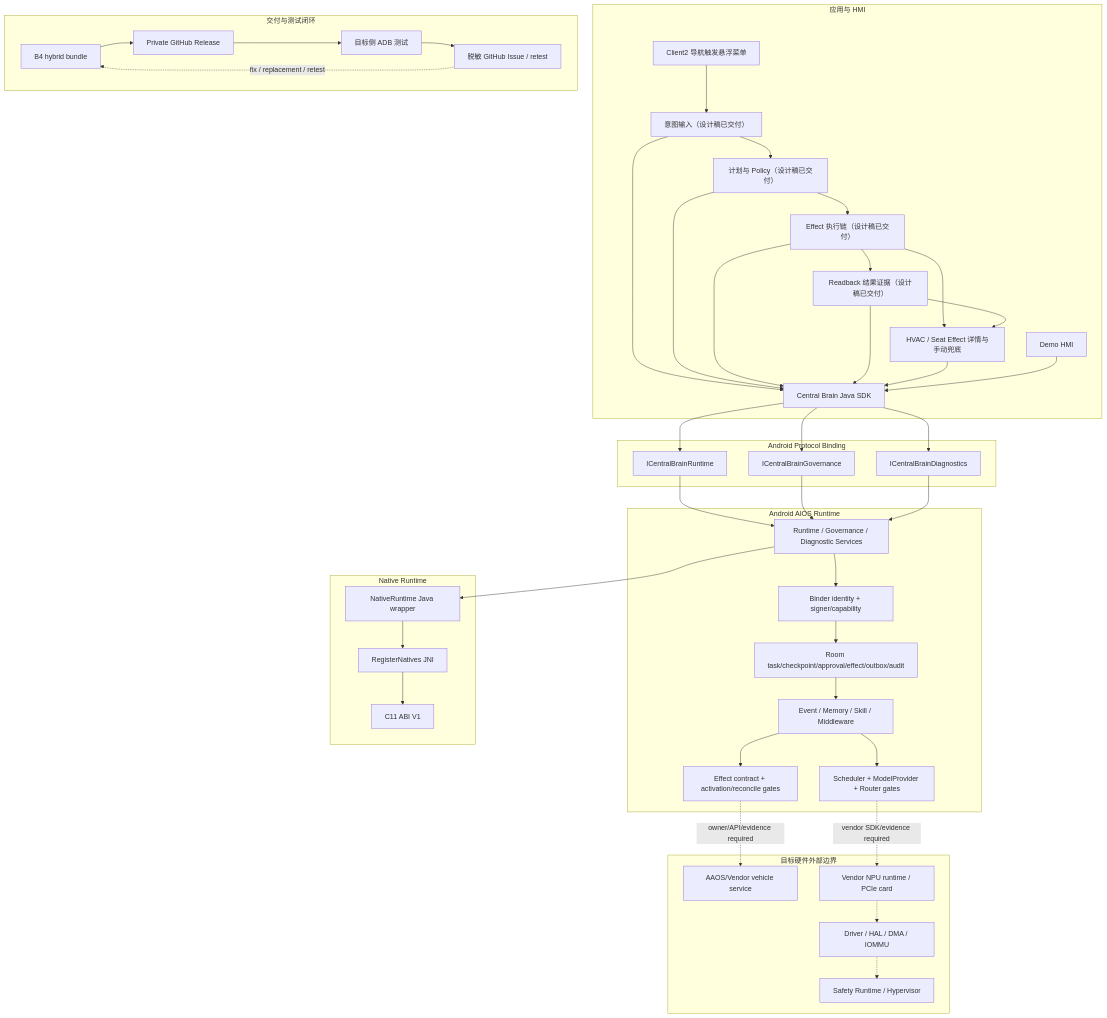
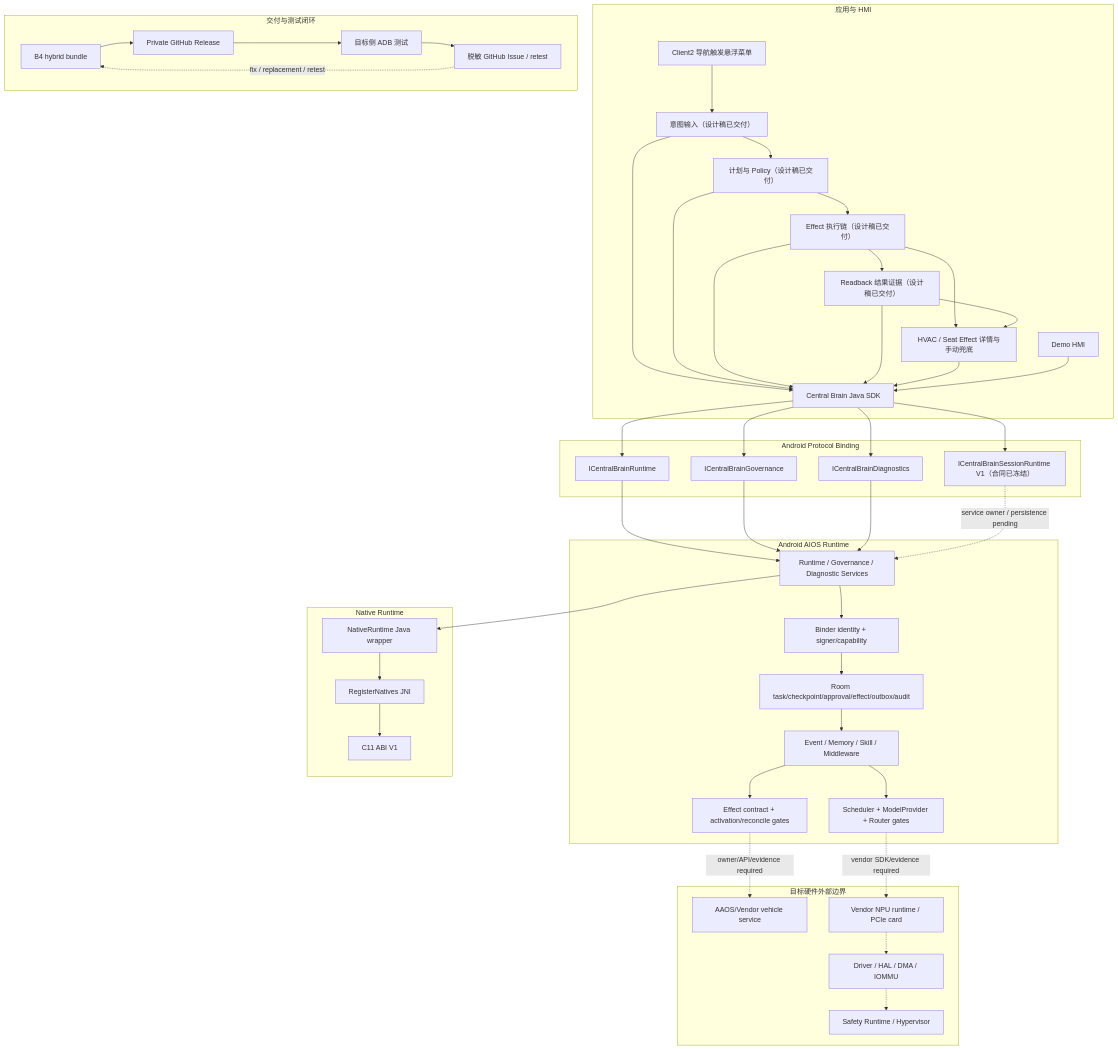
Before and after one commit to LucasWEIchen/CougarOS: the diagram in README.md, drawn with Mermaid. The commit also changed other lines of this file and 28 other files, not shown here.

````diff
--- a/README.md
+++ b/README.md
@@ -89,74 +90,77 @@
 ```mermaid
 flowchart TB
   subgraph App["应用与 HMI"]
     Client2["Client2 导航触发悬浮菜单"]
     IntentUi["意图输入（设计稿已交付）"]
     PlanUi["计划与 Policy（设计稿已交付）"]
     ExecutionUi["Effect 执行链（设计稿已交付）"]
     ResultUi["Readback 结果证据（设计稿已交付）"]
     DeviceUi["HVAC / Seat Effect 详情与手动兜底"]
     Demo["Demo HMI"]
     Sdk["Central Brain Java SDK"]
   end
 
   subgraph Binder["Android Protocol Binding"]
     RuntimeApi["ICentralBrainRuntime"]
     GovApi["ICentralBrainGovernance"]
     DiagApi["ICentralBrainDiagnostics"]
+    SessionApi["ICentralBrainSessionRuntime V1（合同已冻结）"]
   end
 
   subgraph Runtime["Android AIOS Runtime"]
     Services["Runtime / Governance / Diagnostic Services"]
     Identity["Binder identity + signer/capability"]
     Durable["Room task/checkpoint/approval/effect/outbox/audit"]
     Domains["Event / Memory / Skill / Middleware"]
     Model["Scheduler + ModelProvider + Router gates"]
     Effect["Effect contract + activation/reconcile gates"]
   end
 
   subgraph Native["Native Runtime"]
     JavaBridge["NativeRuntime Java wrapper"]
     Jni["RegisterNatives JNI"]
     CAbi["C11 ABI V1"]
   end
 
   subgraph Target["目标硬件外部边界"]
     Vehicle["AAOS/Vendor vehicle service"]
     VendorNpu["Vendor NPU runtime / PCIe card"]
     Driver["Driver / HAL / DMA / IOMMU"]
     Safety["Safety Runtime / Hypervisor"]
   end
 
   subgraph Delivery["交付与测试闭环"]
     Bundle["B4 hybrid bundle"]
     Release["Private GitHub Release"]
     Tester["目标侧 ADB 测试"]
     Issue["脱敏 GitHub Issue / retest"]
   end
 
   Client2 --> IntentUi --> PlanUi --> ExecutionUi --> ResultUi
   ExecutionUi --> DeviceUi
   ResultUi --> DeviceUi
   IntentUi --> Sdk
   PlanUi --> Sdk
   ExecutionUi --> Sdk
   ResultUi --> Sdk
   DeviceUi --> Sdk
   Demo --> Sdk
   Sdk --> RuntimeApi
   Sdk --> GovApi
   Sdk --> DiagApi
+  Sdk --> SessionApi
   RuntimeApi --> Services
   GovApi --> Services
   DiagApi --> Services
+  SessionApi -. "service owner / persistence pending" .-> Services
   Services --> Identity --> Durable
   Durable --> Domains
   Domains --> Model
   Domains --> Effect
   Services --> JavaBridge --> Jni --> CAbi
   Effect -. "owner/API/evidence required" .-> Vehicle
   Model -. "vendor SDK/evidence required" .-> VendorNpu
   VendorNpu -.-> Driver -.-> Safety
   Bundle --> Release --> Tester --> Issue
   Issue -. "fix / replacement / retest" .-> Bundle
 ```
````
